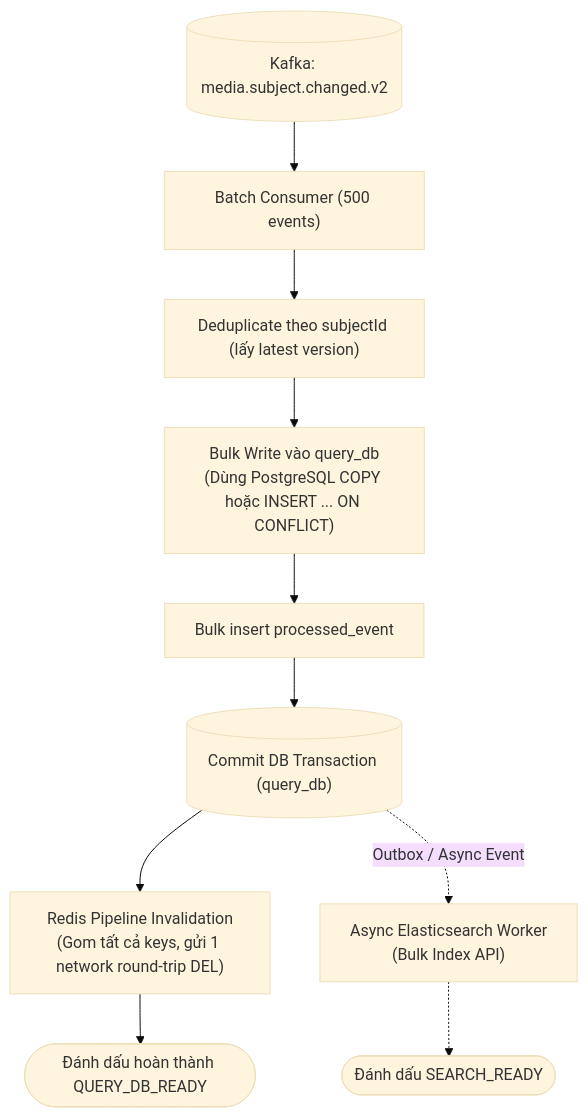
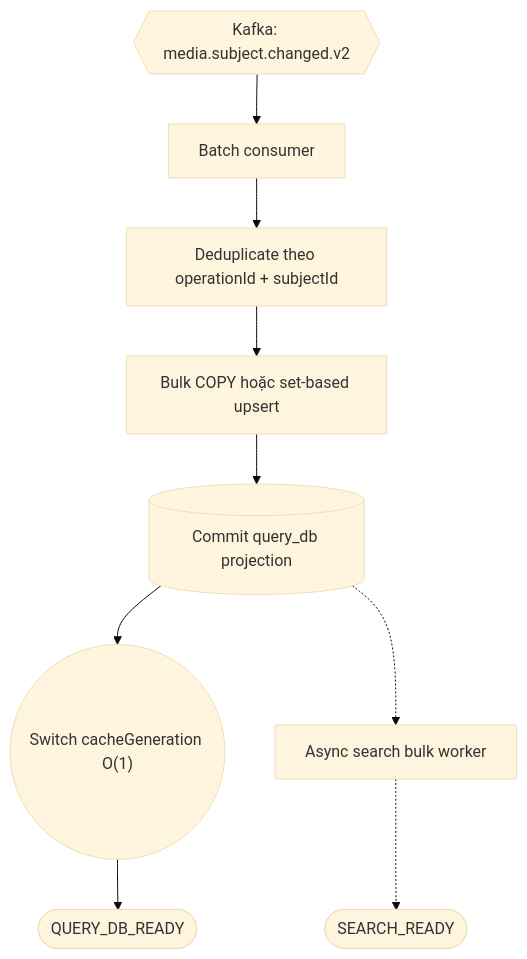
One commit to HungPhan200591/file-mngt-be-v2 changed the diagram in manual/learning/use-cases/scale-capacity/sc-01-scan-one-million-filesystem-entry/references/ref-bt09e-query-bulk-projection.md. Above: the diagram before and after it, drawn with Mermaid (base theme). The commit also changed other lines of this file and 6 other files, not shown here.

````diff
--- a/manual/learning/use-cases/scale-capacity/sc-01-scan-one-million-filesystem-entry/references/ref-bt09e-query-bulk-projection.md
+++ b/manual/learning/use-cases/scale-capacity/sc-01-scan-one-million-filesystem-entry/references/ref-bt09e-query-bulk-projection.md
@@ -18,12 +18,11 @@
 ```mermaid
-flowchart TD
-    KAFKA[("Kafka: media.subject.changed.v2")] --> BATCH["Batch Consumer (500 events)"]
-    BATCH --> DEDUP["Deduplicate theo subjectId (lấy latest version)"]
-    DEDUP --> SET_SQL["Bulk Write vào query_db<br/>(Dùng PostgreSQL COPY hoặc INSERT ... ON CONFLICT)"]
-    SET_SQL --> PROCESSED["Bulk insert processed_event"]
-    PROCESSED --> DB_COMMIT[("Commit DB Transaction (query_db)")]
-    DB_COMMIT --> REDIS_PIPE["Redis Pipeline Invalidation<br/>(Gom tất cả keys, gửi 1 network round-trip DEL)"]
-    REDIS_PIPE --> W2(["Đánh dấu hoàn thành QUERY_DB_READY"])
-    DB_COMMIT -.->|Outbox / Async Event| ES_WORKER["Async Elasticsearch Worker<br/>(Bulk Index API)"]
-    ES_WORKER -.-> W3(["Đánh dấu SEARCH_READY"])
+flowchart TB
+    KAFKA{{"Kafka: media.subject.changed.v2"}} --> BATCH["Batch consumer"]
+    BATCH --> DEDUP["Deduplicate theo operationId + subjectId"]
+    DEDUP --> SET_SQL["Bulk COPY hoặc set-based upsert"]
+    SET_SQL --> DB_COMMIT[("Commit query_db projection")]
+    DB_COMMIT --> CACHE_SWITCH(("Switch cacheGeneration O(1)"))
+    CACHE_SWITCH --> READY(["QUERY_DB_READY"])
+    DB_COMMIT -.-> SEARCH["Async search bulk worker"]
+    SEARCH -.-> SEARCH_READY(["SEARCH_READY"])
 ```
````
